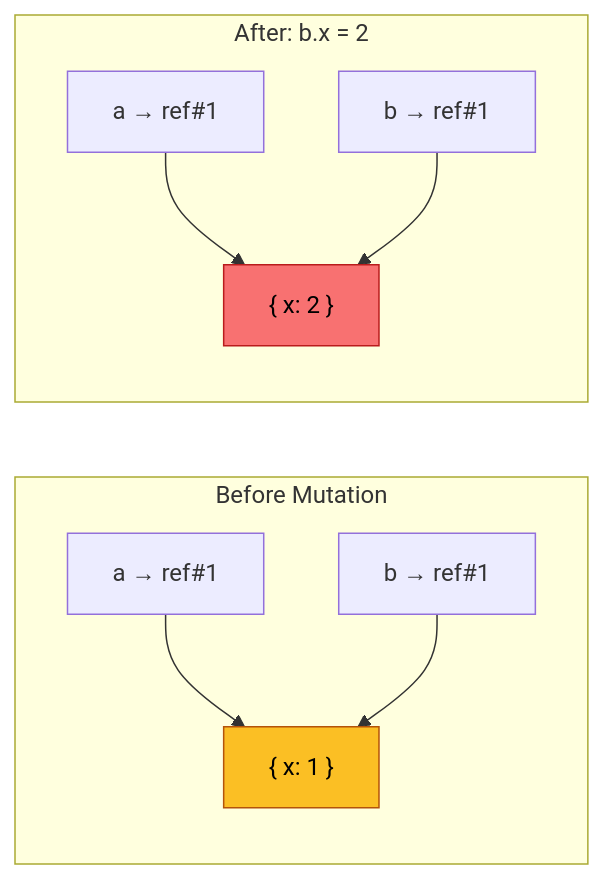
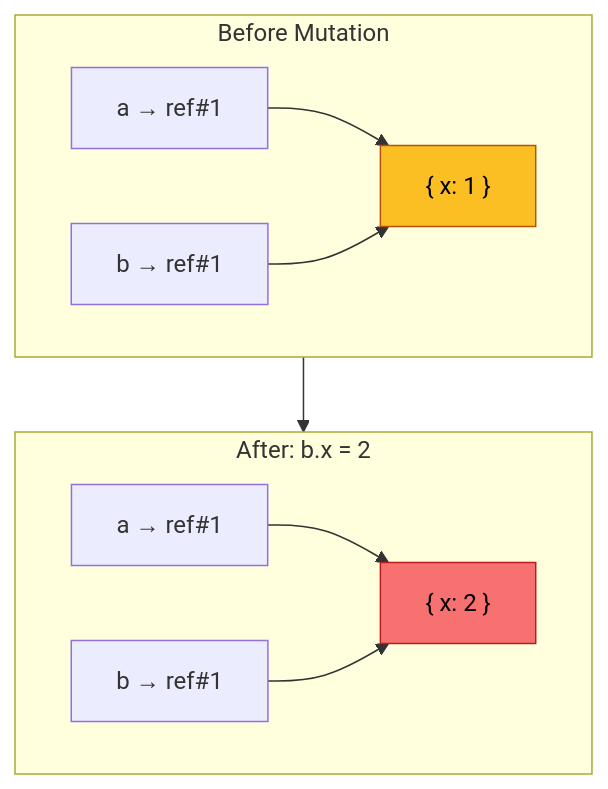
The fourth of 8 diagrams in javascript/docs/group-0-language-fundamentals/blog/1.0-value-vs-reference.md (bkapilsharmadev/interview-prep), drawn with Mermaid before and after one commit. The commit also changed other lines of this file, not shown here.

Commit message:
Finalized value vs ref

````diff
--- a/javascript/docs/group-0-language-fundamentals/blog/1.0-value-vs-reference.md
+++ b/javascript/docs/group-0-language-fundamentals/blog/1.0-value-vs-reference.md
@@ -190,22 +188,19 @@
 ```mermaid
-flowchart LR
+flowchart TB
     subgraph Before["Before Mutation"]
-        A1["a → ref#1"]
-        B1["b → ref#1"]
-        OBJ1["{ x: 1 }"]
+        direction LR
+        A1["a → ref#1"] --> OBJ1["{ x: 1 }"]
+        B1["b → ref#1"] --> OBJ1
     end
     
+    Before --> After
+    
     subgraph After["After: b.x = 2"]
-        A2["a → ref#1"]
-        B2["b → ref#1"]
-        OBJ2["{ x: 2 }"]
+        direction LR
+        A2["a → ref#1"] --> OBJ2["{ x: 2 }"]
+        B2["b → ref#1"] --> OBJ2
     end
-    
-    A1 --> OBJ1
-    B1 --> OBJ1
-    A2 --> OBJ2
-    B2 --> OBJ2
     
     style OBJ1 fill:#fbbf24,stroke:#b45309,color:#000
     style OBJ2 fill:#f87171,stroke:#b91c1c,color:#000
 ```
````
